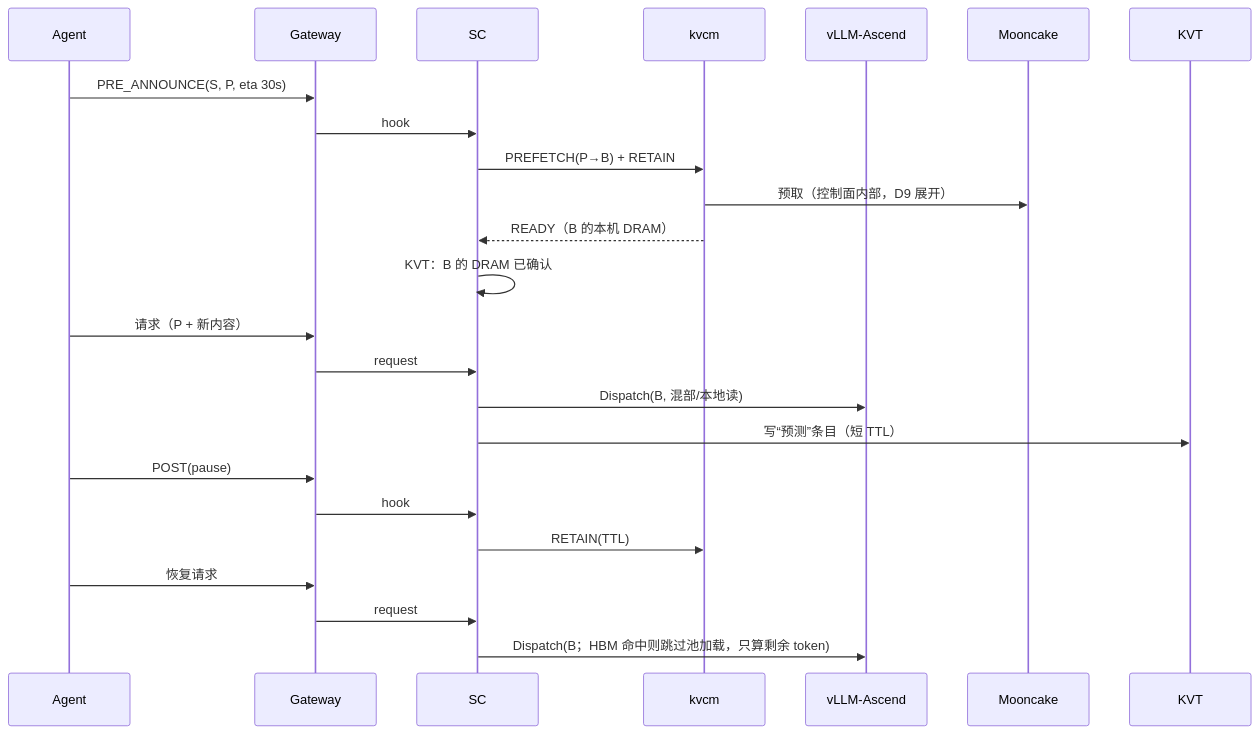
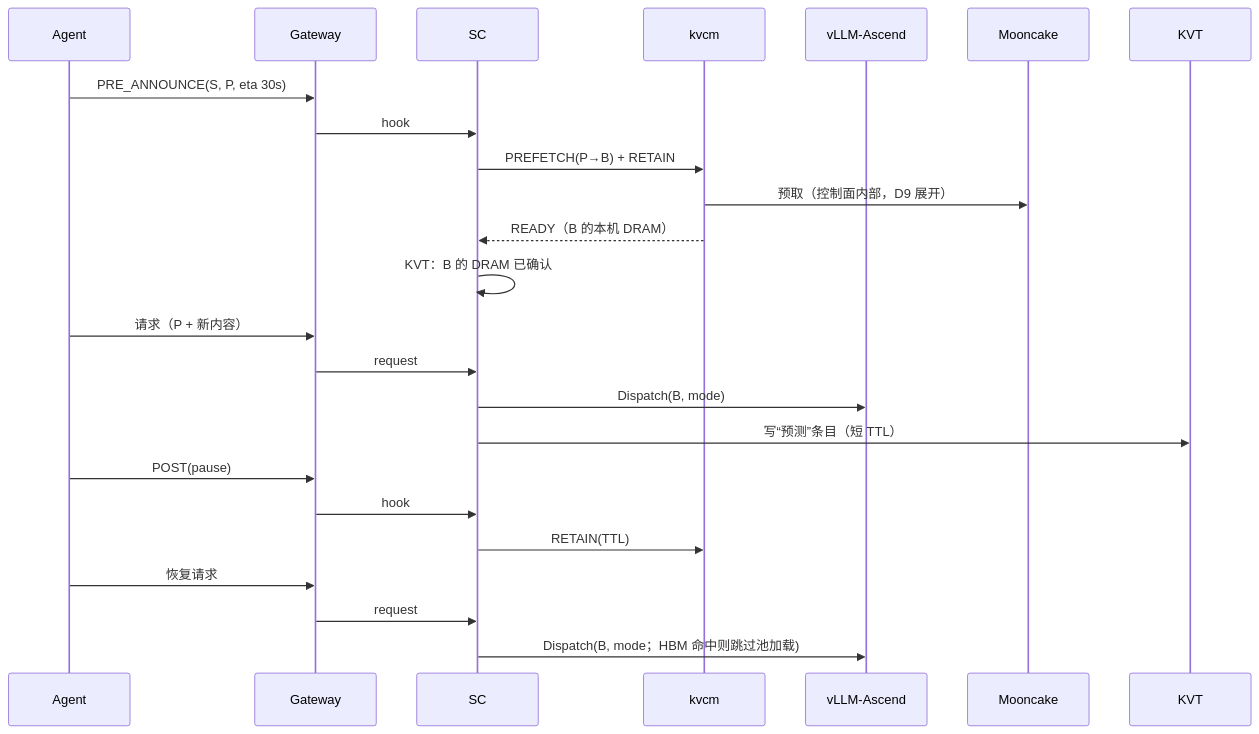
One commit to 5x8-40/lake changed the ninth of 9 diagrams in kvcm/design/D8b-scheduling-sequences.md. Above: the diagram before and after it, drawn with Mermaid. The commit also changed other lines of this file and 3 other files, not shown here.

First line of the commit message:
docs(kvcm): Dispatch 去掉 hint，改 target+mode

````diff
--- a/kvcm/design/D8b-scheduling-sequences.md
+++ b/kvcm/design/D8b-scheduling-sequences.md
@@ -239,29 +239,29 @@
 ```mermaid
 sequenceDiagram
     participant A as Agent
     participant G as Gateway
     participant R as SC
     participant K as kvcm
     participant W as vLLM-Ascend
     participant M as Mooncake
 
     A->>G: PRE_ANNOUNCE(S, P, eta 30s)
     G->>R: hook
     R->>K: PREFETCH(P→B) + RETAIN
     K->>M: 预取（控制面内部，D9 展开）
     K-->>R: READY（B 的本机 DRAM）
     R->>R: KVT：B 的 DRAM 已确认
 
     A->>G: 请求（P + 新内容）
     G->>R: request
-    R->>W: Dispatch(B, 混部/本地读)
+    R->>W: Dispatch(B, mode)
     R->>KVT: 写“预测”条目（短 TTL）
 
     A->>G: POST(pause)
     G->>R: hook
     R->>K: RETAIN(TTL)
 
     A->>G: 恢复请求
     G->>R: request
-    R->>W: Dispatch(B；HBM 命中则跳过池加载，只算剩余 token)
+    R->>W: Dispatch(B, mode；HBM 命中则跳过池加载)
 ```
````
